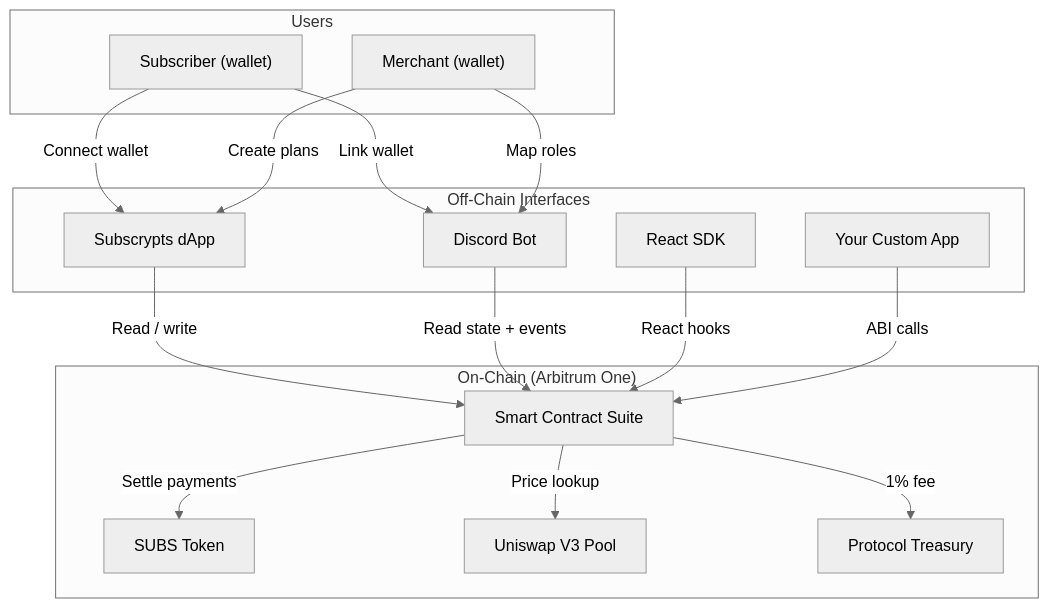
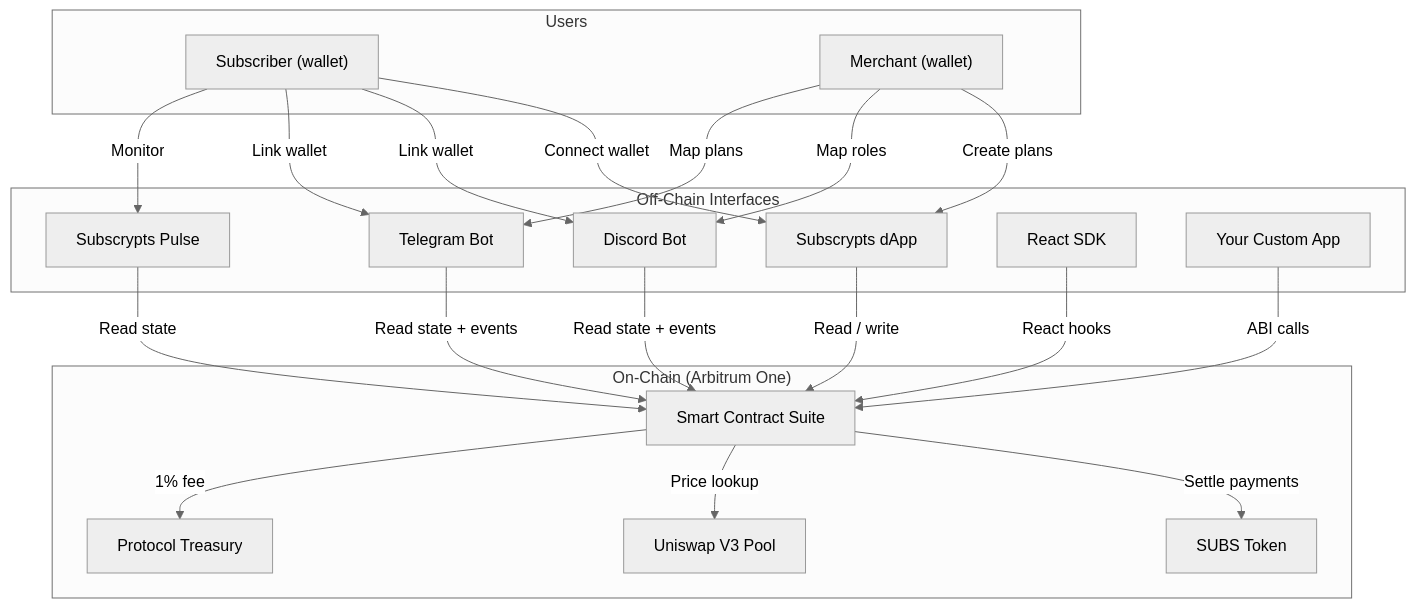
The diagram in docs/getting-started/what-is-subscrypts.md (Subscrypts/Docs), drawn with Mermaid (neutral theme) before and after one commit. The commit also changed other lines of this file and 58 other files, not shown here.

````diff
--- a/docs/getting-started/what-is-subscrypts.md
+++ b/docs/getting-started/what-is-subscrypts.md
@@ -37,35 +37,42 @@
 ```mermaid
 flowchart TD
     subgraph Users["Users"]
         S["Subscriber (wallet)"]
         M["Merchant (wallet)"]
     end
 
     subgraph OnChain["On-Chain (Arbitrum One)"]
         SC["Smart Contract Suite"]
         Token["SUBS Token"]
         DEX["Uniswap V3 Pool"]
         Treasury["Protocol Treasury"]
     end
 
     subgraph OffChain["Off-Chain Interfaces"]
         DApp["Subscrypts dApp"]
         Bot["Discord Bot"]
+        TBot["Telegram Bot"]
+        Pulse["Subscrypts Pulse"]
         SDK["React SDK"]
         Custom["Your Custom App"]
     end
 
     S -->|"Connect wallet"| DApp
     S -->|"Link wallet"| Bot
+    S -->|"Link wallet"| TBot
+    S -->|"Monitor"| Pulse
     M -->|"Create plans"| DApp
     M -->|"Map roles"| Bot
+    M -->|"Map plans"| TBot
 
     DApp -->|"Read / write"| SC
     Bot -->|"Read state + events"| SC
+    TBot -->|"Read state + events"| SC
+    Pulse -->|"Read state"| SC
     SDK -->|"React hooks"| SC
     Custom -->|"ABI calls"| SC
 
     SC -->|"Settle payments"| Token
     SC -->|"Price lookup"| DEX
     SC -->|"1% fee"| Treasury
 ```
````
